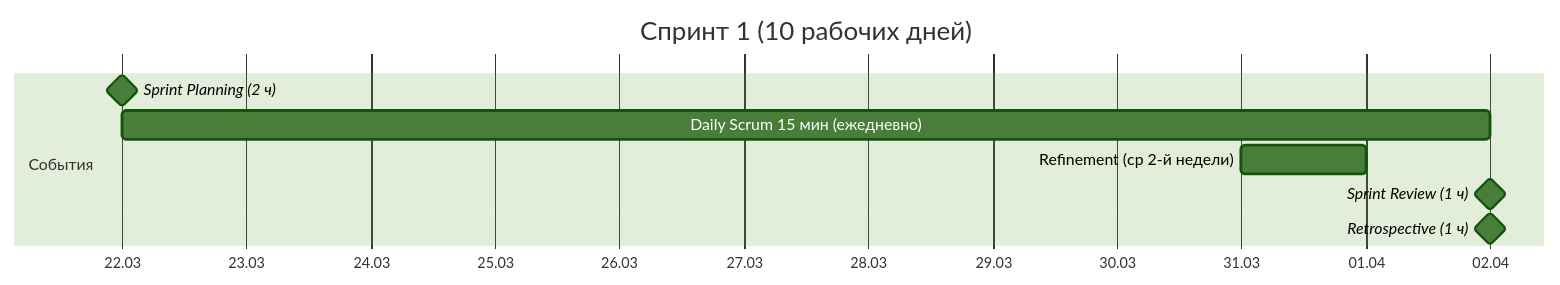
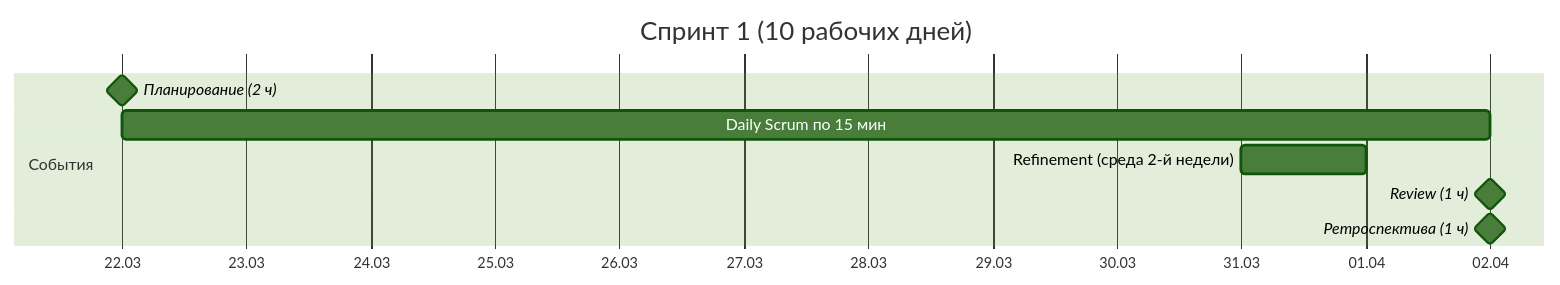
One commit to anya-gor/ISDST-lab changed the diagram in README.md. Above: the diagram before and after it, drawn with Mermaid (forest theme). The commit also changed other lines of this file and 2 other files, not shown here.

````diff
--- a/README.md
+++ b/README.md
@@ -55,12 +55,12 @@
 ```mermaid
 gantt
     title Спринт 1 (10 рабочих дней)
     dateFormat  YYYY-MM-DD
     axisFormat  %d.%m
     section События
-    Sprint Planning (2 ч)            :milestone, 2027-03-22, 0d
-    Daily Scrum 15 мин (ежедневно)   :2027-03-22, 2027-04-02
-    Refinement (ср 2-й недели)       :2027-03-31, 1d
-    Sprint Review (1 ч)              :milestone, 2027-04-02, 0d
-    Retrospective (1 ч)              :milestone, 2027-04-02, 0d
+    Планирование (2 ч)            :milestone, 2027-03-22, 0d
+    Daily Scrum по 15 мин         :2027-03-22, 2027-04-02
+    Refinement (среда 2-й недели) :2027-03-31, 1d
+    Review (1 ч)                  :milestone, 2027-04-02, 0d
+    Ретроспектива (1 ч)           :milestone, 2027-04-02, 0d
 ```
````
